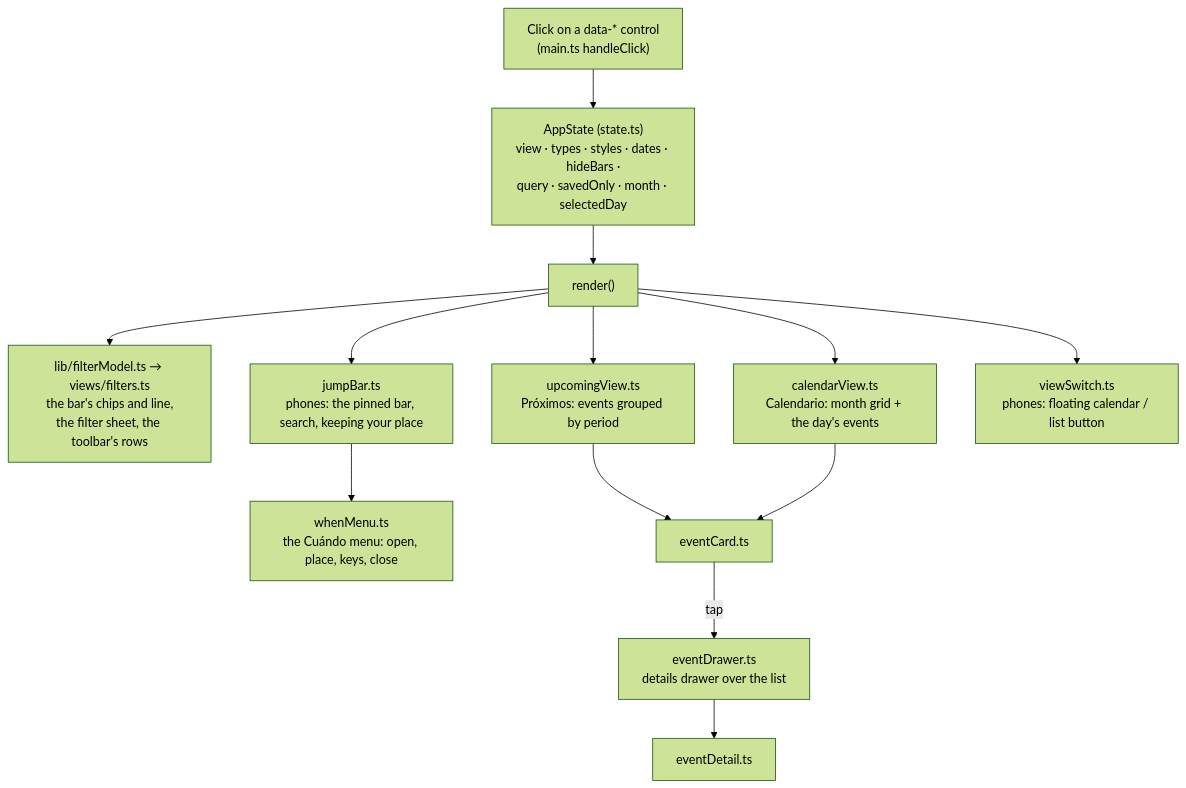
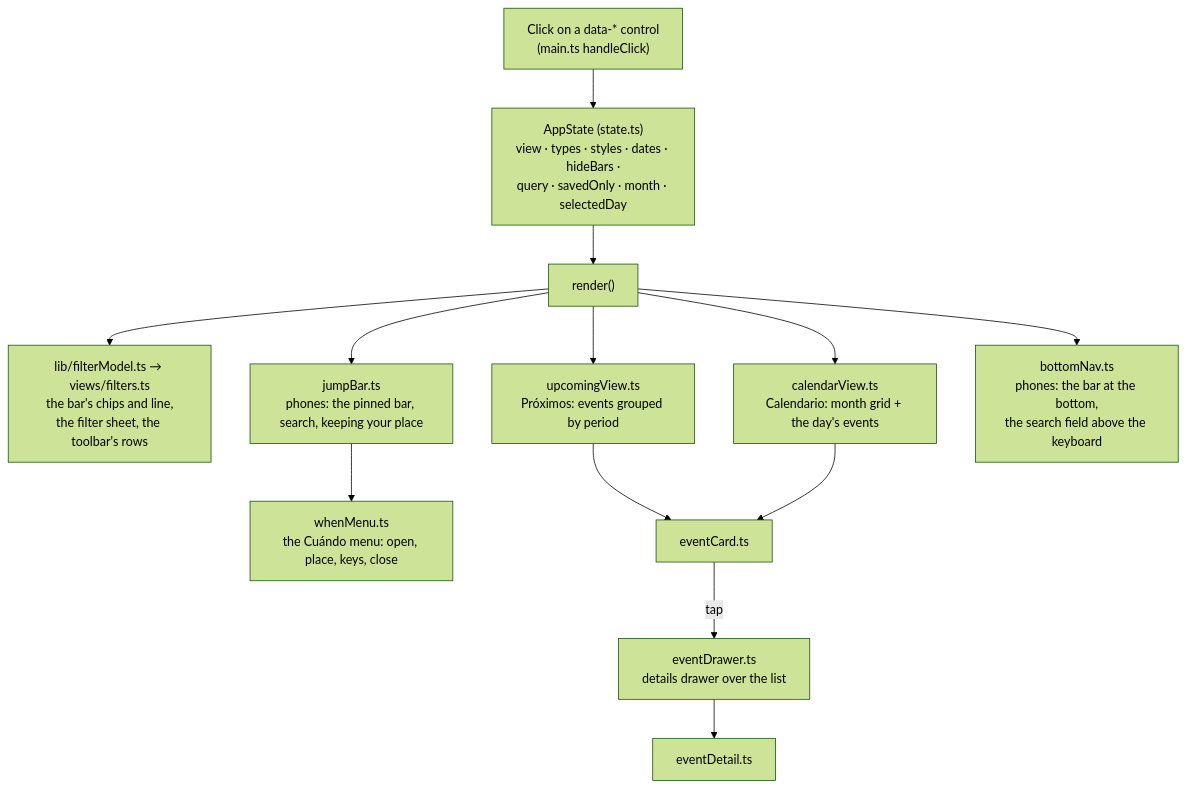
Before and after one commit to pa-bailar/pa-bailar.github.io: the seventh of 9 diagrams in docs/ARCHITECTURE.md, drawn with Mermaid (forest theme). The commit also changed other lines of this file and 36 other files, not shown here.

First line of the commit message:
feat(nav): a bottom bar on phones, like Instagram's (#107)

````diff
--- a/docs/ARCHITECTURE.md
+++ b/docs/ARCHITECTURE.md
@@ -371,16 +372,16 @@
 ```mermaid
 flowchart TD
     ST["AppState (state.ts)<br/>view · types · styles · dates · hideBars ·<br/>query · savedOnly · month · selectedDay"]
     CLICK["Click on a data-* control<br/>(main.ts handleClick)"] --> ST
     ST --> R["render()"]
     R --> F["lib/filterModel.ts → views/filters.ts<br/>the bar's chips and line,<br/>the filter sheet, the toolbar's rows"]
     R --> U["upcomingView.ts<br/>Próximos: events grouped by period"]
     R --> C["calendarView.ts<br/>Calendario: month grid + the day's events"]
     R --> J["jumpBar.ts<br/>phones: the pinned bar, search, keeping your place"]
     J --> WM["whenMenu.ts<br/>the Cuándo menu: open, place, keys, close"]
-    R --> VS["viewSwitch.ts<br/>phones: floating calendar / list button"]
+    R --> BN["bottomNav.ts<br/>phones: the bar at the bottom,<br/>the search field above the keyboard"]
     U --> CARD["eventCard.ts"]
     C --> CARD
     CARD -- "tap" --> DLG["eventDrawer.ts<br/>details drawer over the list"]
     DLG --> DET["eventDetail.ts"]
 ```
````
